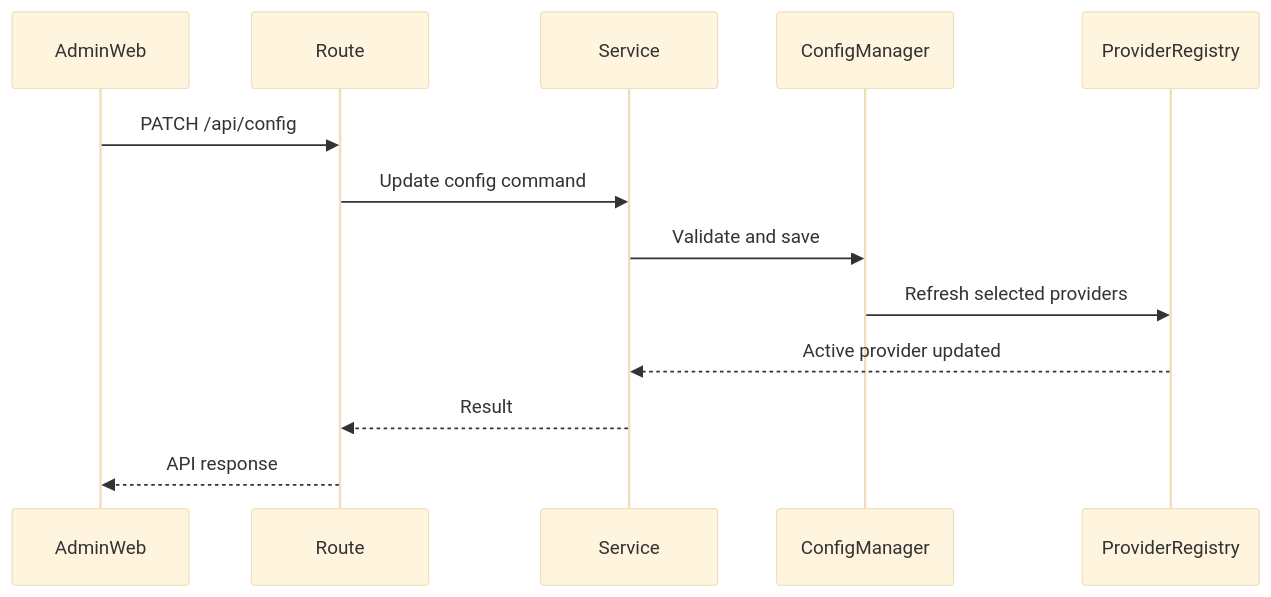
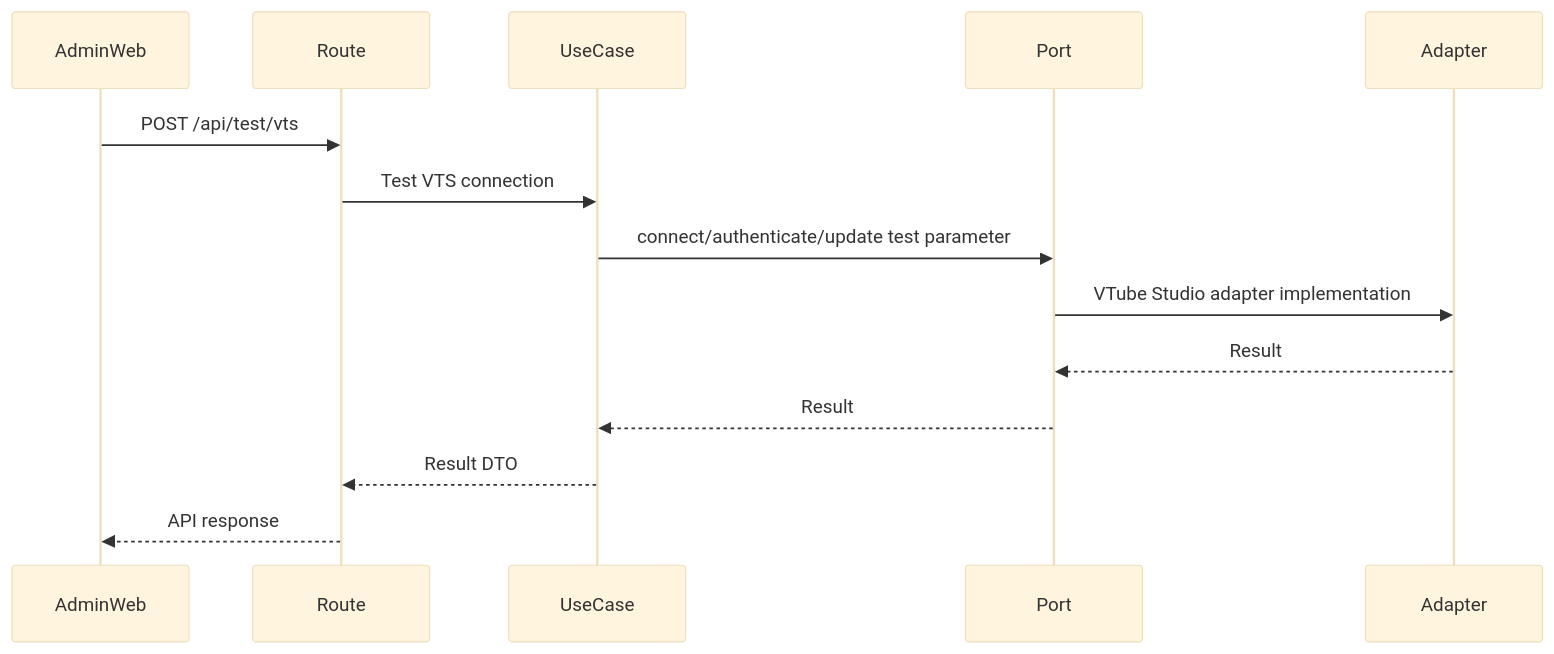
The eighth of 10 diagrams in docs/04_BACKEND_DESIGN.md (Jonathan0823/VoxaLive), drawn with Mermaid (base theme) before and after one commit. The commit also changed other lines of this file, not shown here.

```diff
--- a/docs/04_BACKEND_DESIGN.md
+++ b/docs/04_BACKEND_DESIGN.md
@@ -304,16 +606,17 @@
 ~~~mermaid
 sequenceDiagram
     participant AdminWeb
     participant Route
-    participant Service
-    participant ConfigManager
-    participant ProviderRegistry
+    participant UseCase
+    participant Port
+    participant Adapter
 
-    AdminWeb->>Route: PATCH /api/config
-    Route->>Service: Update config command
-    Service->>ConfigManager: Validate and save
-    ConfigManager->>ProviderRegistry: Refresh selected providers
-    ProviderRegistry-->>Service: Active provider updated
-    Service-->>Route: Result
+    AdminWeb->>Route: POST /api/test/vts
+    Route->>UseCase: Test VTS connection
+    UseCase->>Port: connect/authenticate/update test parameter
+    Port->>Adapter: VTube Studio adapter implementation
+    Adapter-->>Port: Result
+    Port-->>UseCase: Result
+    UseCase-->>Route: Result DTO
     Route-->>AdminWeb: API response
 ~~~
```
